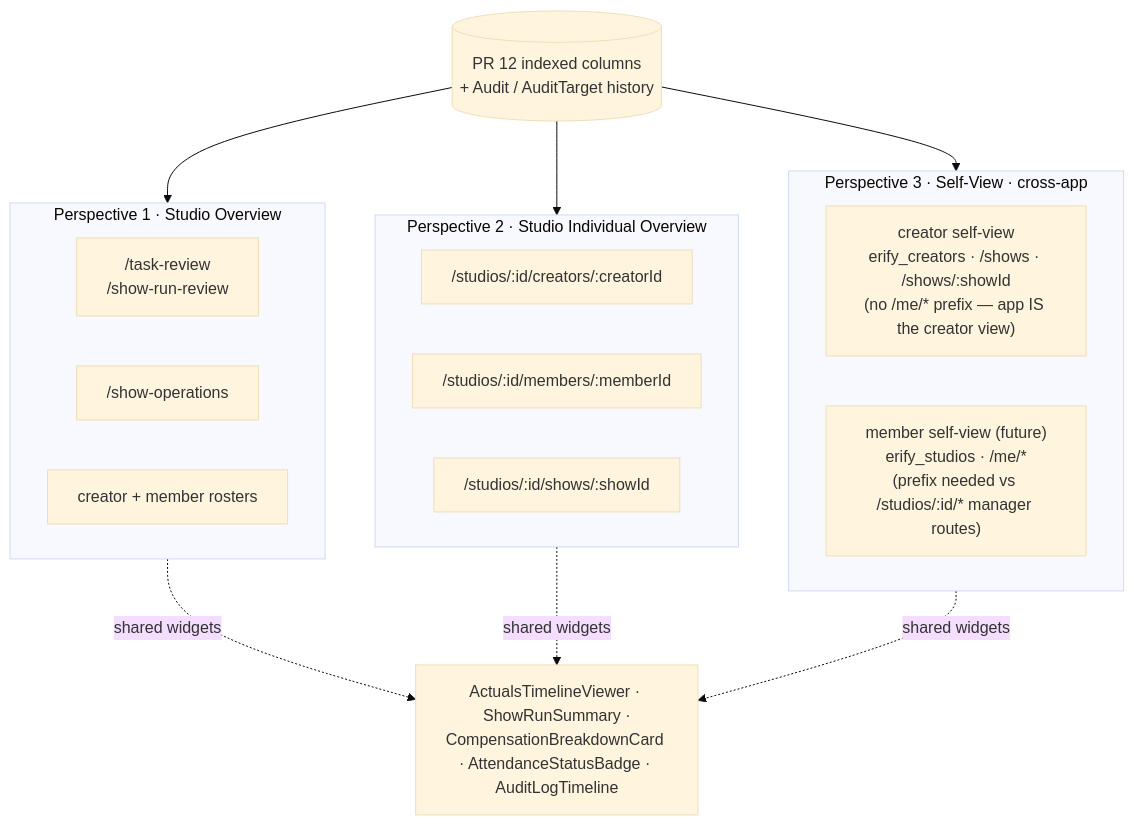
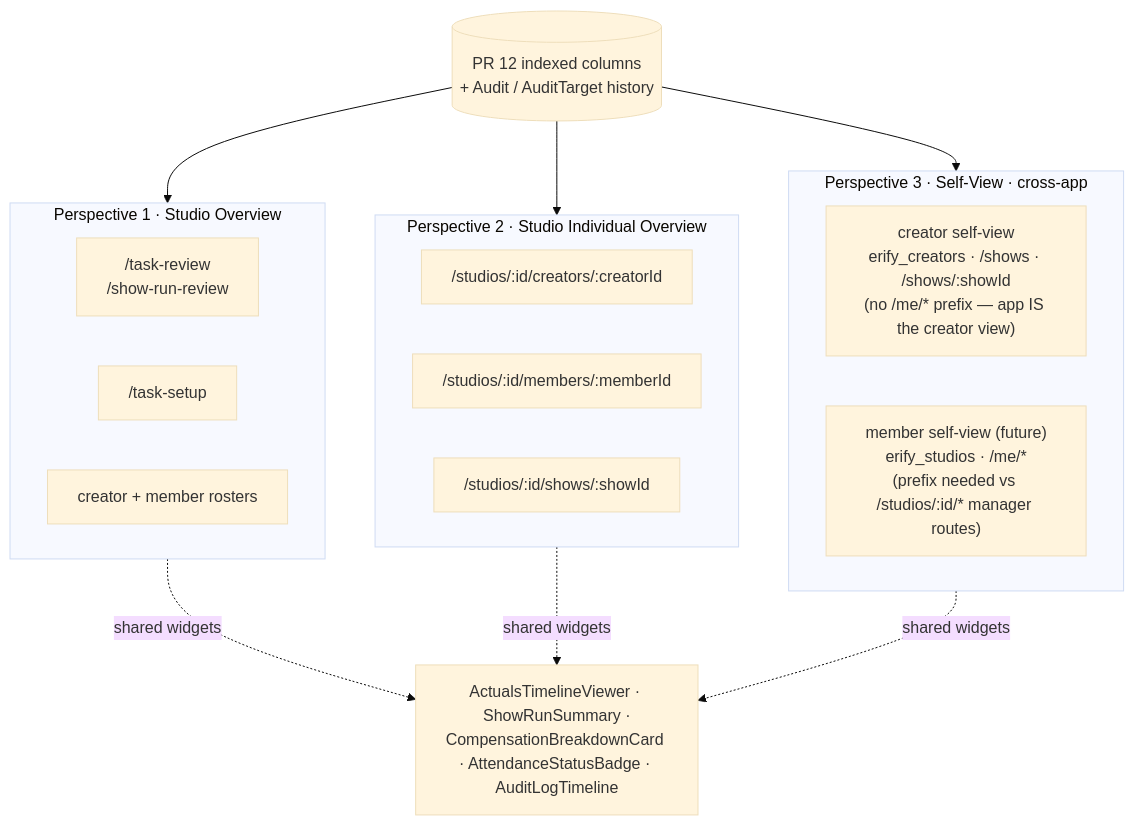
The diagram in docs/prd/task-fact-binding.md (allenlin90/eridu-services), drawn with Mermaid (base theme) before and after one commit. The commit also changed other lines of this file and 14 other files, not shown here.

Commit message:
docs: align task setup naming

````diff
--- a/docs/prd/task-fact-binding.md
+++ b/docs/prd/task-fact-binding.md
@@ -86,29 +86,29 @@
 ```mermaid
 flowchart TB
     DATA[(PR 12 indexed columns<br/>+ Audit / AuditTarget history)]
 
     subgraph P1[Perspective 1 · Studio Overview]
         P1A["/task-review<br/>/show-run-review"]
-        P1B["/show-operations"]
+        P1B["/task-setup"]
         P1C["creator + member rosters"]
     end
 
     subgraph P2[Perspective 2 · Studio Individual Overview]
         P2A["/studios/:id/creators/:creatorId"]
         P2B["/studios/:id/members/:memberId"]
         P2C["/studios/:id/shows/:showId"]
     end
 
     subgraph P3[Perspective 3 · Self-View · cross-app]
         P3A["creator self-view<br/>erify_creators · /shows · /shows/:showId<br/>(no /me/* prefix — app IS the creator view)"]
         P3B["member self-view (future)<br/>erify_studios · /me/*<br/>(prefix needed vs /studios/:id/* manager routes)"]
     end
 
     DATA --> P1
     DATA --> P2
     DATA --> P3
 
     P1 -. shared widgets .-> W[ActualsTimelineViewer · ShowRunSummary ·<br/>CompensationBreakdownCard · AttendanceStatusBadge · AuditLogTimeline]
     P2 -. shared widgets .-> W
     P3 -. shared widgets .-> W
 ```
````
